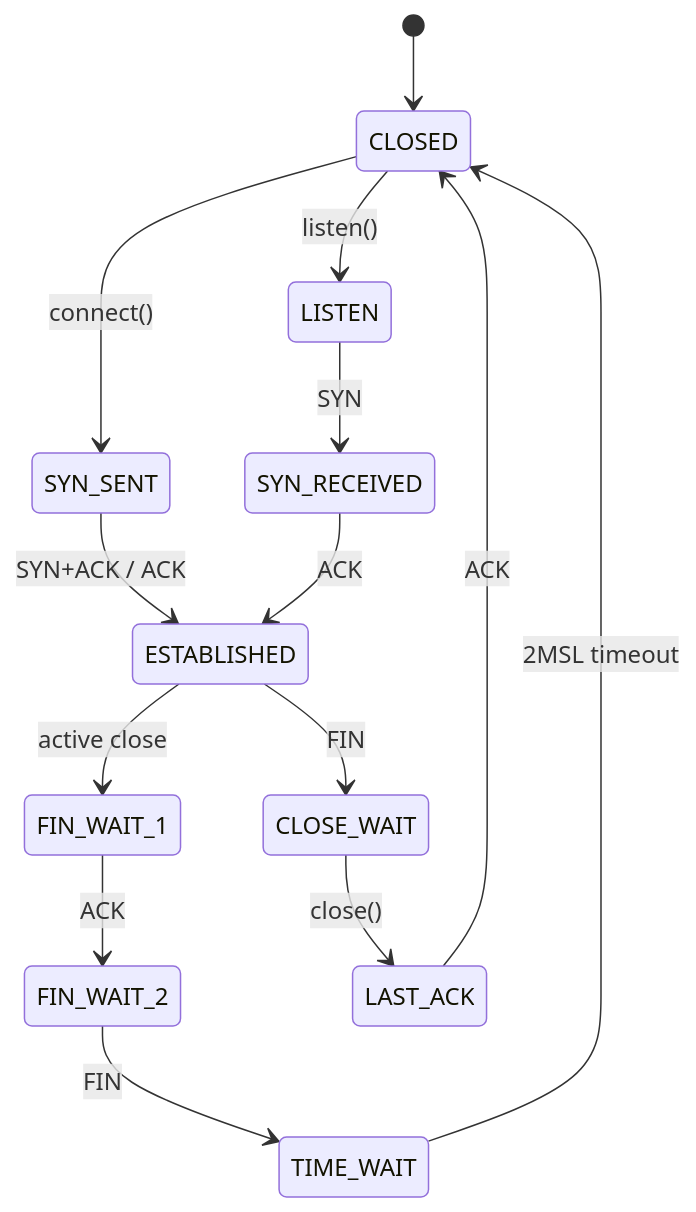
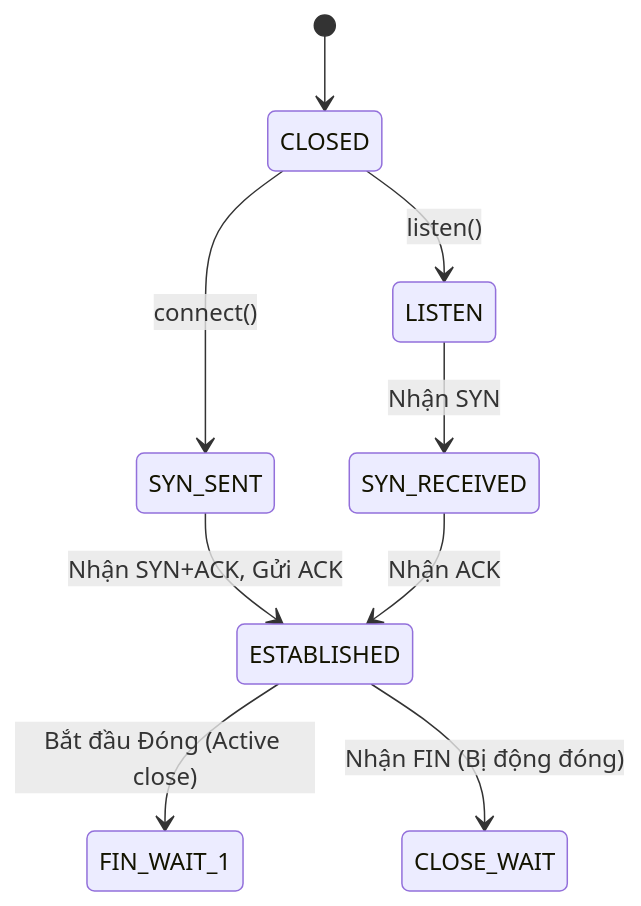
The second of 2 diagrams in phase-01/README-topic-09.md (hai-kevins/embedded-linux), drawn with Mermaid before and after one commit. The commit also changed other lines of this file and 4 other files, not shown here.

````diff
--- a/phase-01/README-topic-09.md
+++ b/phase-01/README-topic-09.md
@@ -1136,16 +444,11 @@
 ```mermaid
 stateDiagram-v2
     [*] --> CLOSED
     CLOSED --> LISTEN: listen()
     CLOSED --> SYN_SENT: connect()
-    LISTEN --> SYN_RECEIVED: SYN
-    SYN_SENT --> ESTABLISHED: SYN+ACK / ACK
-    SYN_RECEIVED --> ESTABLISHED: ACK
-    ESTABLISHED --> FIN_WAIT_1: active close
-    ESTABLISHED --> CLOSE_WAIT: FIN
-    FIN_WAIT_1 --> FIN_WAIT_2: ACK
-    FIN_WAIT_2 --> TIME_WAIT: FIN
-    CLOSE_WAIT --> LAST_ACK: close()
-    LAST_ACK --> CLOSED: ACK
-    TIME_WAIT --> CLOSED: 2MSL timeout
+    LISTEN --> SYN_RECEIVED: Nhận SYN
+    SYN_SENT --> ESTABLISHED: Nhận SYN+ACK, Gửi ACK
+    SYN_RECEIVED --> ESTABLISHED: Nhận ACK
+    ESTABLISHED --> FIN_WAIT_1: Bắt đầu Đóng (Active close)
+    ESTABLISHED --> CLOSE_WAIT: Nhận FIN (Bị động đóng)
 ```
````
